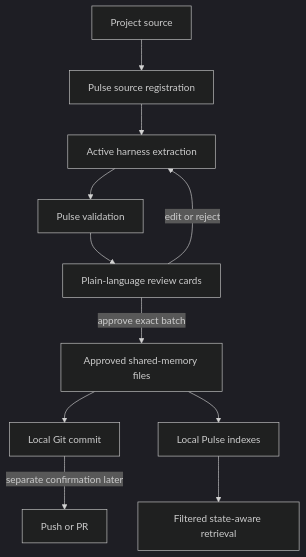
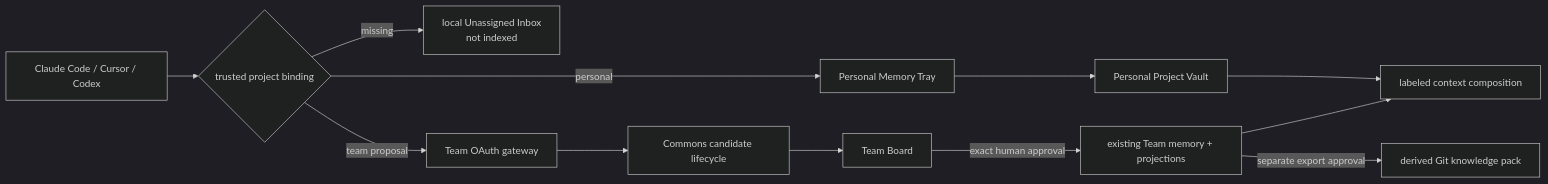
One commit to zbs-gg/pulse changed the second of 2 diagrams in docs/plans/2026-07-16-001-feat-personal-git-team-memory-reset-plan.md. Above: the diagram before and after it, drawn with Mermaid (dark theme). The commit also changed other lines of this file and 1 other file, not shown here.

First line of the commit message:
docs(strategy): reset Pulse around project-first memory

````diff
--- a/docs/plans/2026-07-16-001-feat-personal-git-team-memory-reset-plan.md
+++ b/docs/plans/2026-07-16-001-feat-personal-git-team-memory-reset-plan.md
@@ -140,13 +307,14 @@
 ```mermaid
-flowchart TB
-  S["Project source"] --> R["Pulse source registration"]
-  R --> H["Active harness extraction"]
-  H --> V["Pulse validation"]
-  V --> C["Plain-language review cards"]
-  C -->|"edit or reject"| H
-  C -->|"approve exact batch"| G["Approved shared-memory files"]
-  G --> L["Local Git commit"]
-  L -->|"separate confirmation later"| X["Push or PR"]
-  G --> I["Local Pulse indexes"]
-  I --> Q["Filtered state-aware retrieval"]
+flowchart LR
+  Host["Claude Code / Cursor / Codex"] --> Bind{"trusted project binding"}
+  Bind -->|"missing"| Inbox["local Unassigned Inbox\nnot indexed"]
+  Bind -->|"personal"| Tray["Personal Memory Tray"]
+  Tray --> Personal["Personal Project Vault"]
+  Bind -->|"team proposal"| Gateway["Team OAuth gateway"]
+  Gateway --> Review["Commons candidate lifecycle"]
+  Review --> Board["Team Board"]
+  Board -->|"exact human approval"| TeamMemory["existing Team memory + projections"]
+  Personal --> Compose["labeled context composition"]
+  TeamMemory --> Compose
+  TeamMemory -->|"separate export approval"| Git["derived Git knowledge pack"]
 ```
````
